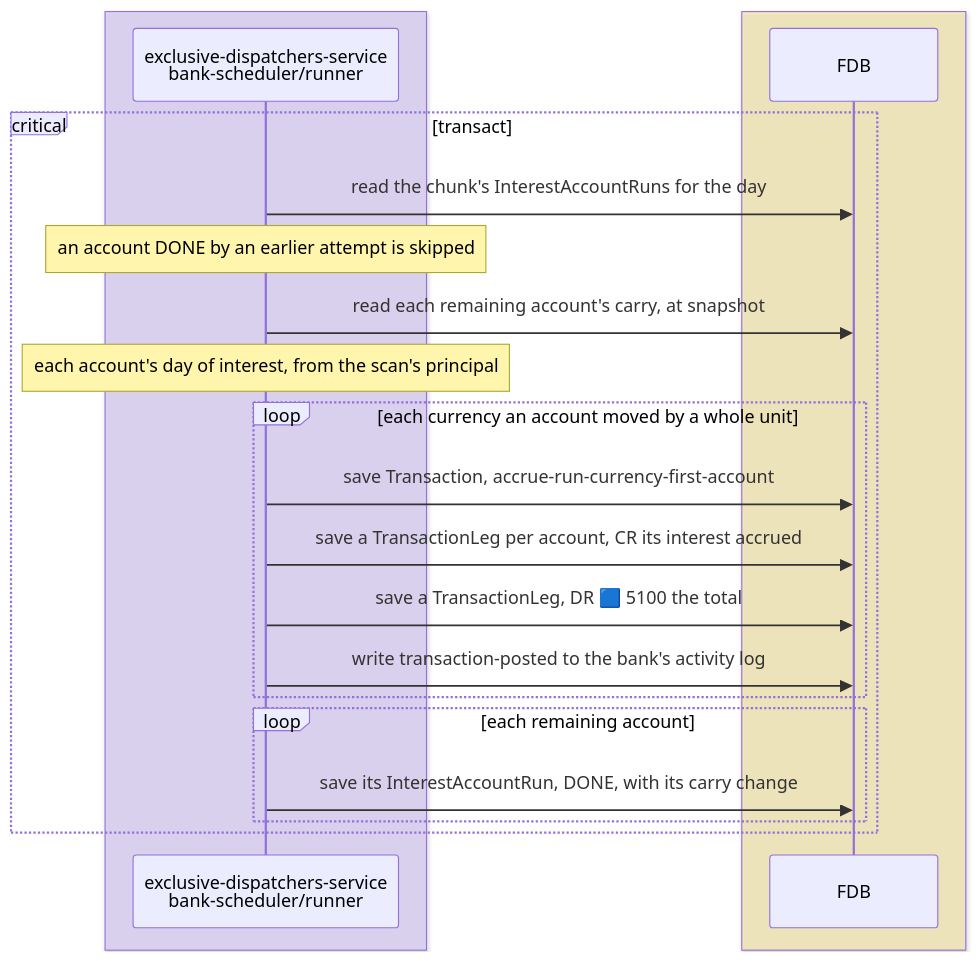
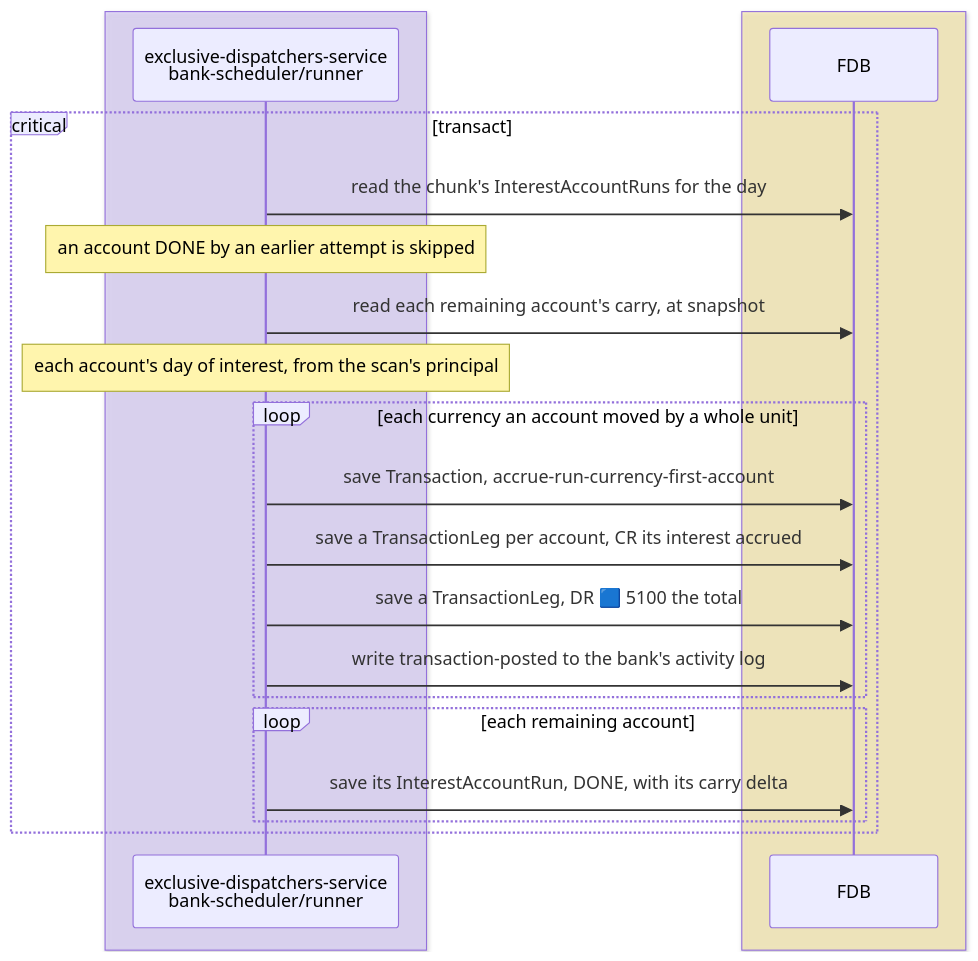
Before and after one commit to repldriven/queenswood: the third of 4 diagrams in docs/tdd/interest.md, drawn with Mermaid. The commit also changed other lines of this file and 1030 other files, not shown here.

````diff
--- a/docs/tdd/interest.md
+++ b/docs/tdd/interest.md
@@ -336,24 +336,24 @@
 ```mermaid
 sequenceDiagram
     box rgba(208, 191, 255, 0.45)
     participant R as exclusive-dispatchers-service<br/>bank-scheduler/runner
     end
     box rgba(255, 236, 153, 0.5)
     participant DB as FDB
     end
     critical transact
     R->>DB: read the chunk's InterestAccountRuns for the day
     Note over R: an account DONE by an earlier attempt is skipped
     R->>DB: read each remaining account's carry, at snapshot
     Note over R: each account's day of interest, from the scan's principal
     loop each currency an account moved by a whole unit
     R->>DB: save Transaction, accrue-run-currency-first-account
     R->>DB: save a TransactionLeg per account, CR its interest accrued
     R->>DB: save a TransactionLeg, DR 🟦 5100 the total
     R->>DB: write transaction-posted to the bank's activity log
     end
     loop each remaining account
-    R->>DB: save its InterestAccountRun, DONE, with its carry change
+    R->>DB: save its InterestAccountRun, DONE, with its carry delta
     end
     end
 ```
````
